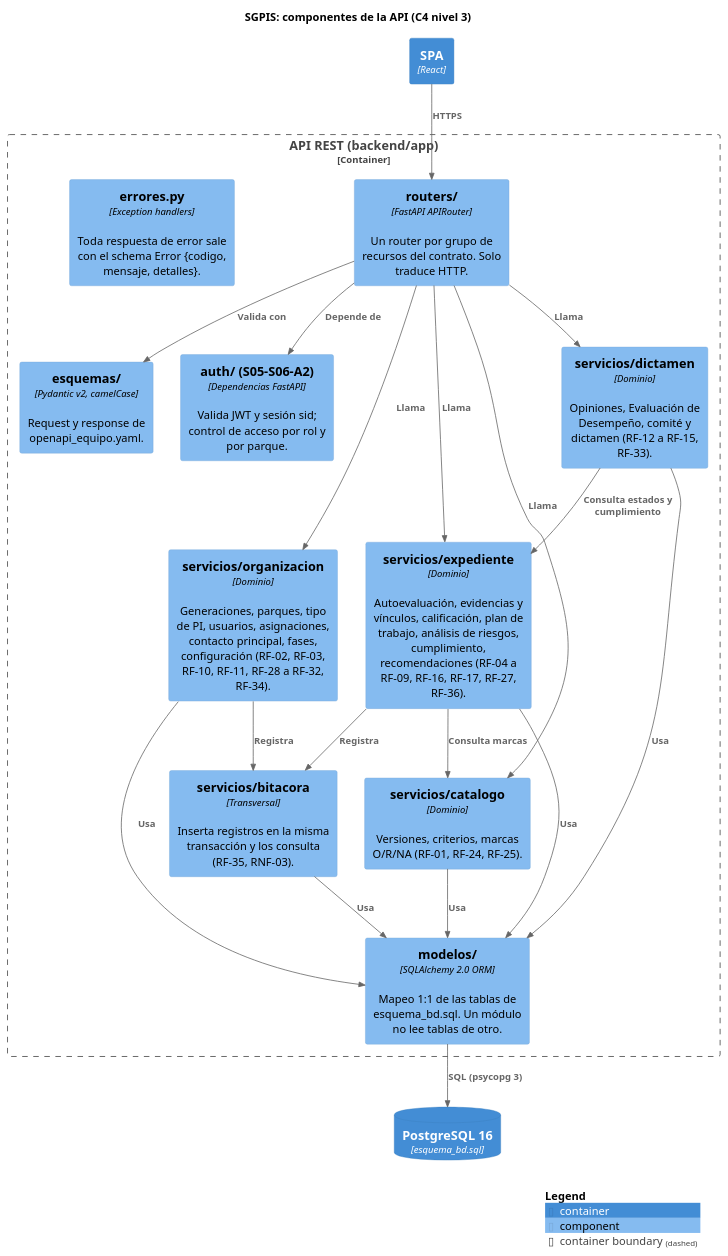
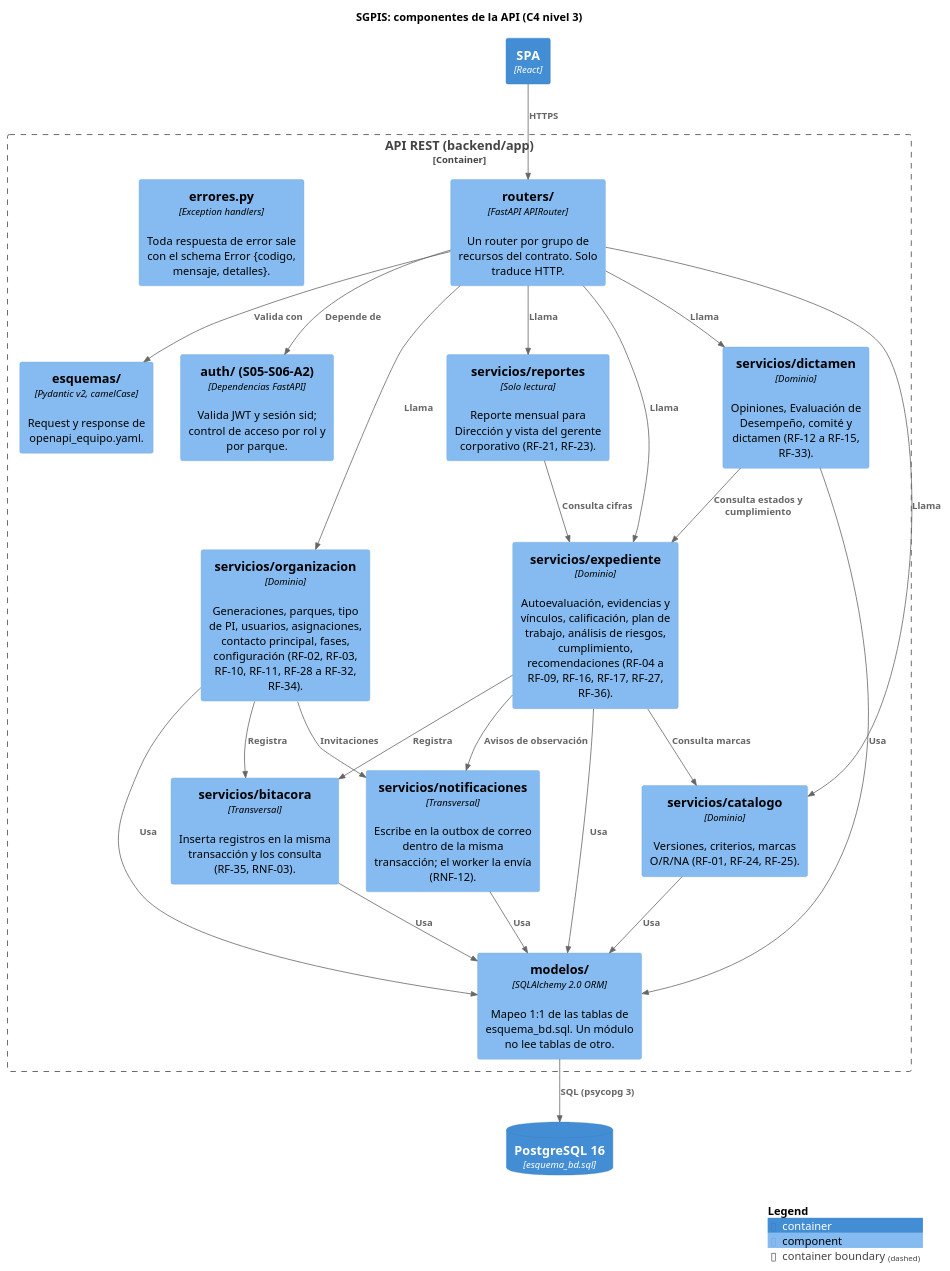
The second of 2 diagrams in S05_S06_A1/arquitectura_equipo.md (CLA-TC5062-SN2026/Equipo19), drawn with PlantUML before and after one commit. The commit also changed other lines of this file and 22 other files, not shown here.

````diff
--- a/S05_S06_A1/arquitectura_equipo.md
+++ b/S05_S06_A1/arquitectura_equipo.md
@@ -62,42 +65,49 @@
 ```plantuml
 @startuml arquitectura_componentes
 !include <C4/C4_Component>
 title SGPIS: componentes de la API (C4 nivel 3)
 LAYOUT_TOP_DOWN()
 
 Container(spa, "SPA", "React")
 ContainerDb(db, "PostgreSQL 16", "esquema_bd.sql")
 
 Container_Boundary(api, "API REST (backend/app)") {
   Component(routers, "routers/", "FastAPI APIRouter", "Un router por grupo de recursos del contrato. Solo traduce HTTP.")
   Component(esquemas, "esquemas/", "Pydantic v2, camelCase", "Request y response de openapi_equipo.yaml.")
   Component(errores, "errores.py", "Exception handlers", "Toda respuesta de error sale con el schema Error {codigo, mensaje, detalles}.")
   Component(auth, "auth/ (S05-S06-A2)", "Dependencias FastAPI", "Valida JWT y sesión sid; control de acceso por rol y por parque.")
   Component(m_cat, "servicios/catalogo", "Dominio", "Versiones, criterios, marcas O/R/NA (RF-01, RF-24, RF-25).")
   Component(m_org, "servicios/organizacion", "Dominio", "Generaciones, parques, tipo de PI, usuarios, asignaciones, contacto principal, fases, configuración (RF-02, RF-03, RF-10, RF-11, RF-28 a RF-32, RF-34).")
   Component(m_exp, "servicios/expediente", "Dominio", "Autoevaluación, evidencias y vínculos, calificación, plan de trabajo, análisis de riesgos, cumplimiento, recomendaciones (RF-04 a RF-09, RF-16, RF-17, RF-27, RF-36).")
   Component(m_dic, "servicios/dictamen", "Dominio", "Opiniones, Evaluación de Desempeño, comité y dictamen (RF-12 a RF-15, RF-33).")
+  Component(m_rep, "servicios/reportes", "Solo lectura", "Reporte mensual para Dirección y vista del gerente corporativo (RF-21, RF-23).")
+  Component(notif, "servicios/notificaciones", "Transversal", "Escribe en la outbox de correo dentro de la misma transacción; el worker la envía (RNF-12).")
   Component(bitacora, "servicios/bitacora", "Transversal", "Inserta registros en la misma transacción y los consulta (RF-35, RNF-03).")
   Component(modelos, "modelos/", "SQLAlchemy 2.0 ORM", "Mapeo 1:1 de las tablas de esquema_bd.sql. Un módulo no lee tablas de otro.")
 }
 
 Rel(spa, routers, "HTTPS")
 Rel(routers, esquemas, "Valida con")
 Rel(routers, auth, "Depende de")
 Rel(routers, m_cat, "Llama")
 Rel(routers, m_org, "Llama")
 Rel(routers, m_exp, "Llama")
 Rel(routers, m_dic, "Llama")
+Rel(routers, m_rep, "Llama")
+Rel(m_rep, m_exp, "Consulta cifras")
+Rel(m_org, notif, "Invitaciones")
+Rel(m_exp, notif, "Avisos de observación")
 Rel(m_exp, m_cat, "Consulta marcas")
 Rel(m_dic, m_exp, "Consulta estados y cumplimiento")
 Rel(m_org, bitacora, "Registra")
 Rel(m_exp, bitacora, "Registra")
 Rel(m_cat, modelos, "Usa")
 Rel(m_org, modelos, "Usa")
 Rel(m_exp, modelos, "Usa")
 Rel(m_dic, modelos, "Usa")
 Rel(bitacora, modelos, "Usa")
+Rel(notif, modelos, "Usa")
 Rel(modelos, db, "SQL (psycopg 3)")
 SHOW_LEGEND()
 @enduml
 ```
````
